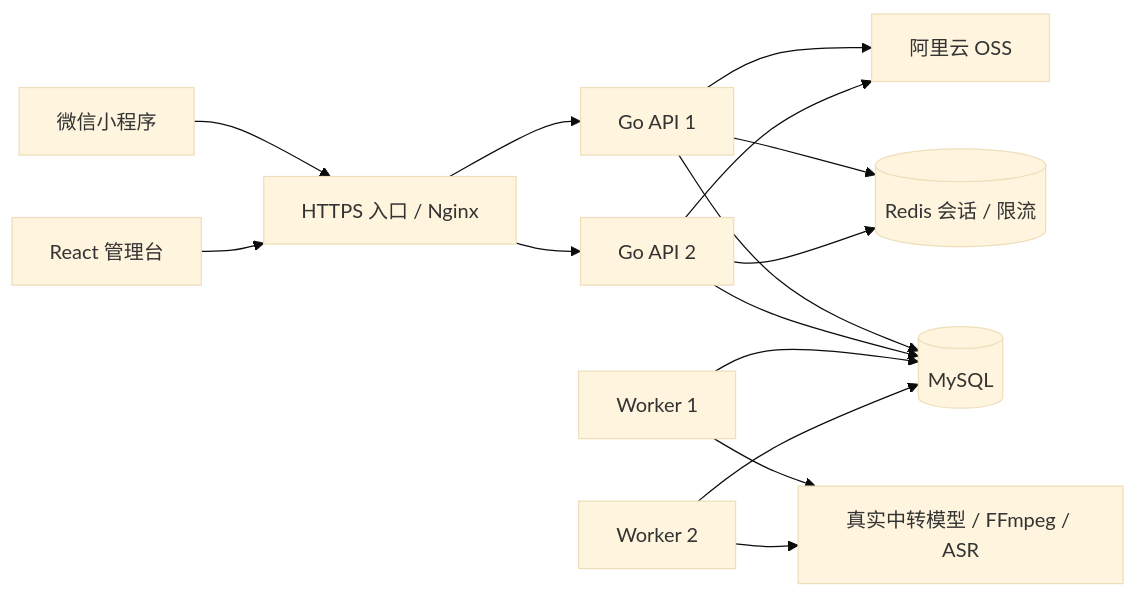
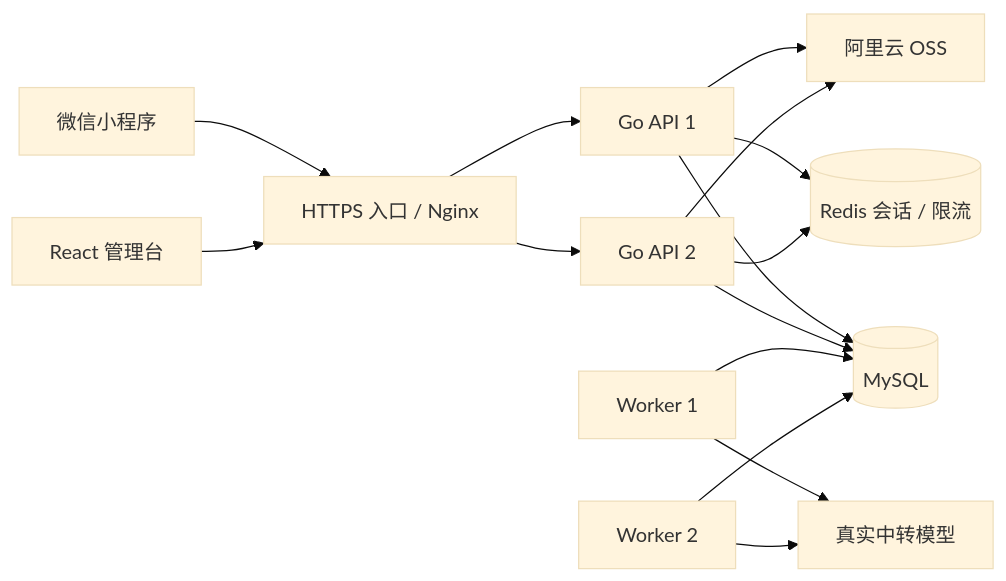
The diagram in docs/architecture.md (mbfczzz/douboadmin), drawn with Mermaid (base theme) before and after one commit. The commit also changed other lines of this file and 82 other files, not shown here.

````diff
--- a/docs/architecture.md
+++ b/docs/architecture.md
@@ -5,17 +5,17 @@
 ```mermaid
 flowchart LR
   M[微信小程序] --> N[HTTPS 入口 / Nginx]
   A[React 管理台] --> N
   N --> API1[Go API 1]
   N --> API2[Go API 2]
   API1 --> DB[(MySQL)]
   API2 --> DB
   API1 --> R[(Redis 会话 / 限流)]
   API2 --> R
   API1 --> OSS[阿里云 OSS]
   API2 --> OSS
   W1[Worker 1] --> DB
   W2[Worker 2] --> DB
-  W1 --> P[真实中转模型 / FFmpeg / ASR]
+  W1 --> P[真实中转模型]
   W2 --> P
 ```
````
